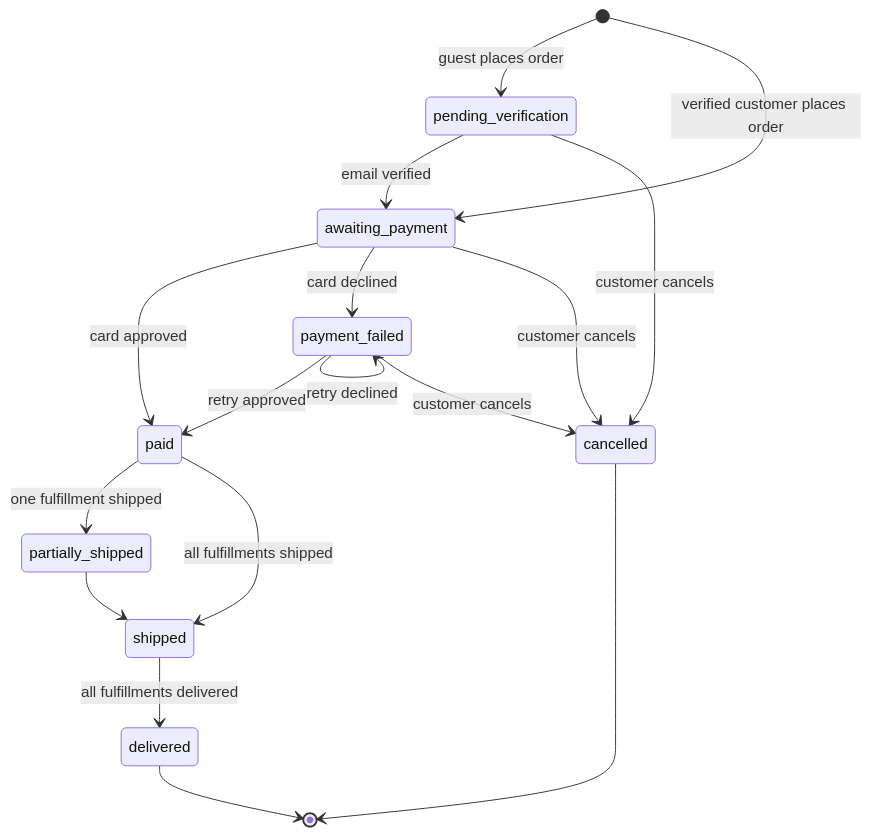
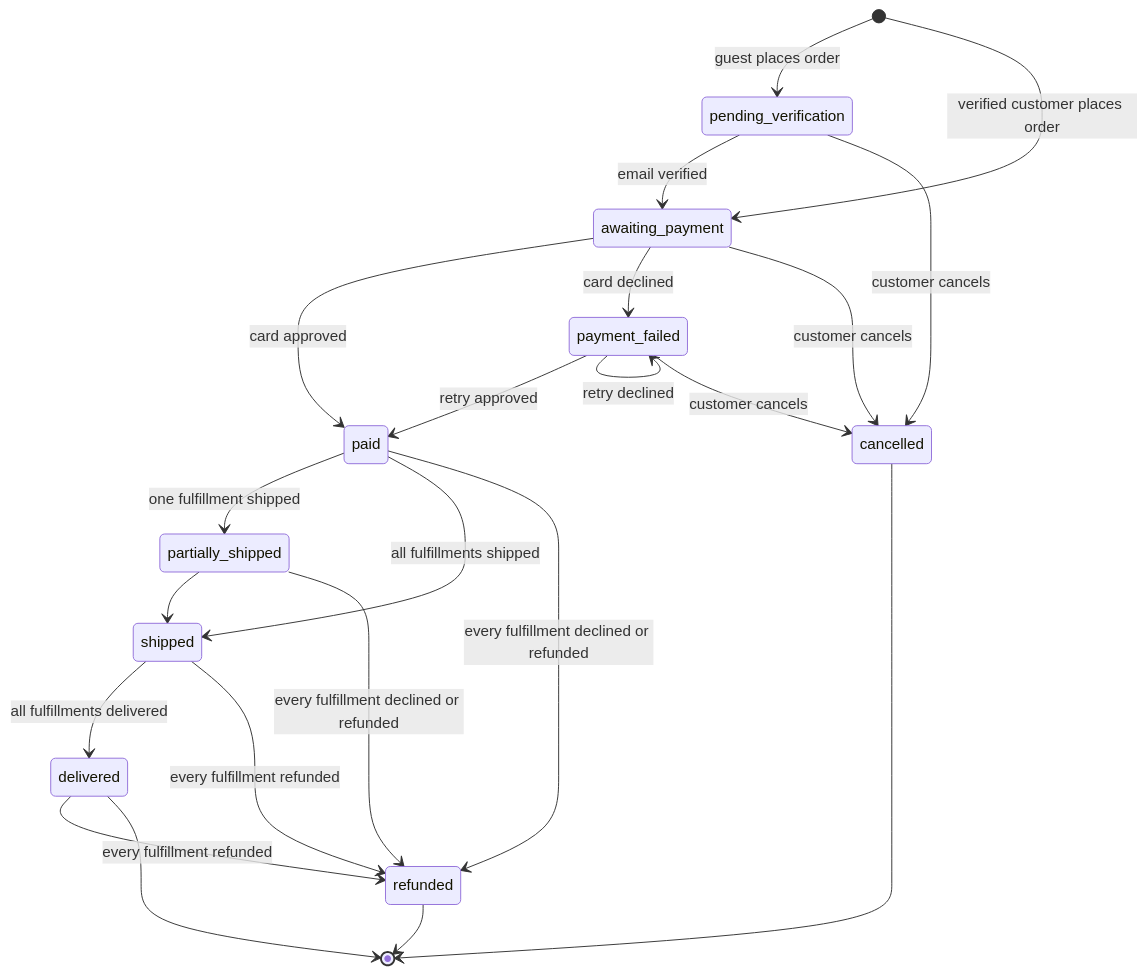
The fifth of 6 diagrams in prototype/node/docs/architecture.md (jonathan-beebe/art-store), drawn with Mermaid before and after one commit. The commit also changed other lines of this file and 429 other files, not shown here.

````diff
--- a/prototype/node/docs/architecture.md
+++ b/prototype/node/docs/architecture.md
@@ -364,19 +391,24 @@
 ```mermaid
 stateDiagram-v2
     [*] --> pending_verification : guest places order
     [*] --> awaiting_payment : verified customer places order
     pending_verification --> awaiting_payment : email verified
     pending_verification --> cancelled : customer cancels
     awaiting_payment --> paid : card approved
     awaiting_payment --> payment_failed : card declined
     awaiting_payment --> cancelled : customer cancels
     payment_failed --> paid : retry approved
     payment_failed --> payment_failed : retry declined
     payment_failed --> cancelled : customer cancels
     paid --> partially_shipped : one fulfillment shipped
     paid --> shipped : all fulfillments shipped
+    paid --> refunded : every fulfillment declined or refunded
     partially_shipped --> shipped
+    partially_shipped --> refunded : every fulfillment declined or refunded
     shipped --> delivered : all fulfillments delivered
+    shipped --> refunded : every fulfillment refunded
+    delivered --> refunded : every fulfillment refunded
     delivered --> [*]
     cancelled --> [*]
+    refunded --> [*]
 ```
````
